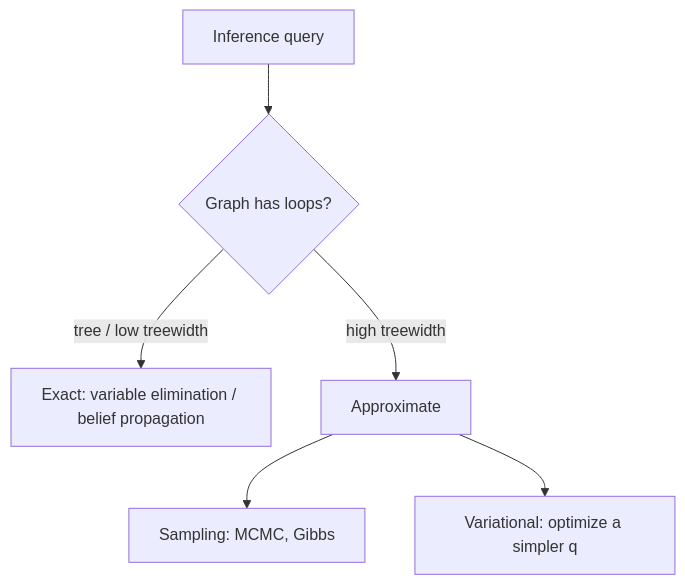
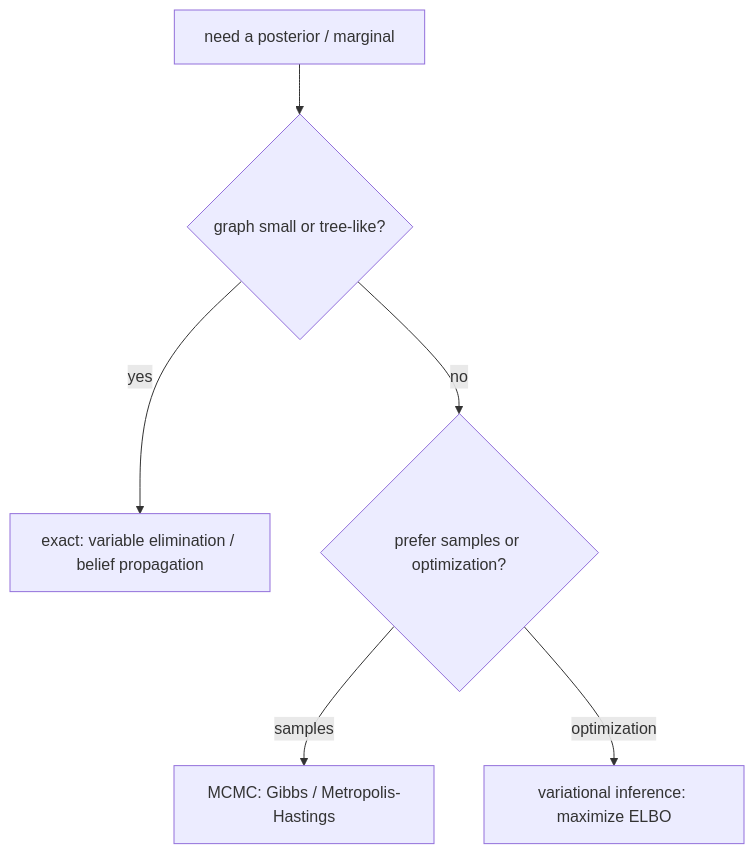
One commit to kader-xai/kader-xai.github.io changed the fifth of 7 diagrams in ai-ml-encyclopedia/ch13.qmd. Above: the diagram before and after it, drawn with Mermaid. The commit also changed other lines of this file and 47 other files, not shown here.

````diff
--- a/ai-ml-encyclopedia/ch13.qmd
+++ b/ai-ml-encyclopedia/ch13.qmd
@@ -296,8 +423,8 @@
 ```{mermaid}
 graph TD
-  E[Inference query] --> X{Graph has loops?}
-  X -->|tree / low treewidth| EX[Exact: variable elimination / belief propagation]
-  X -->|high treewidth| AP[Approximate]
-  AP --> S[Sampling: MCMC, Gibbs]
-  AP --> V[Variational: optimize a simpler q]
+    Q[need a posterior / marginal] --> Tree{graph small or tree-like?}
+    Tree -->|yes| Exact[exact: variable elimination / belief propagation]
+    Tree -->|no| Approx{prefer samples or optimization?}
+    Approx -->|samples| MCMC[MCMC: Gibbs / Metropolis-Hastings]
+    Approx -->|optimization| VI[variational inference: maximize ELBO]
 ```
````
